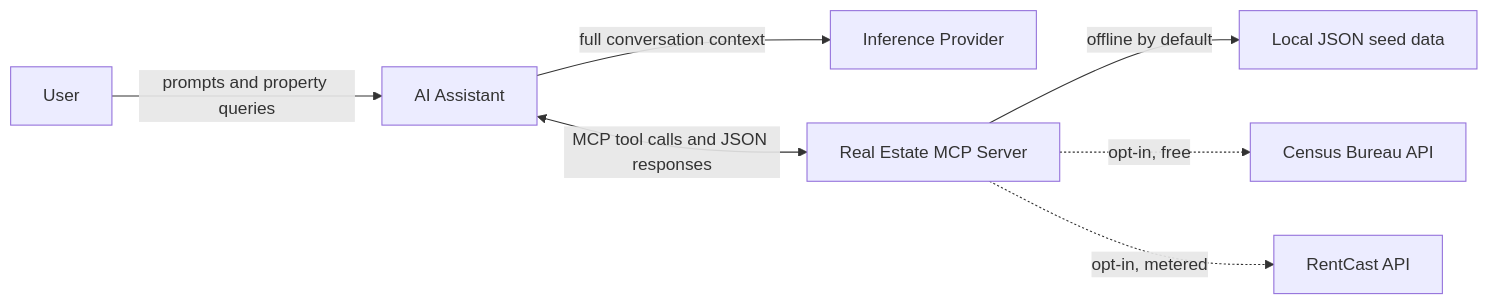
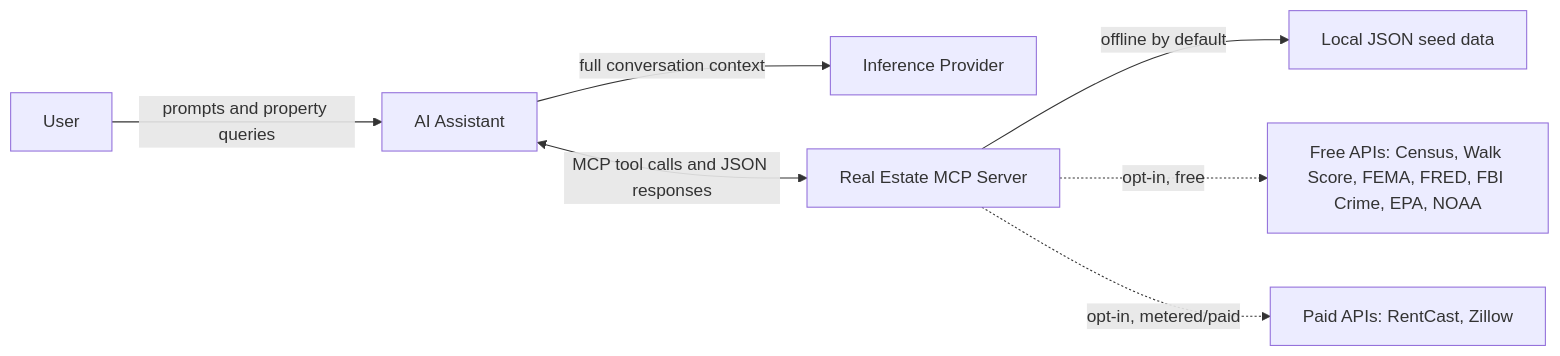
One commit to agentic-ops/real-estate-mcp changed the diagram in README.md. Above: the diagram before and after it, drawn with Mermaid. The commit also changed other lines of this file and 7 other files, not shown here.

Commit message:
Document the new free and paid integrations across README and agent skill

````diff
--- a/README.md
+++ b/README.md
@@ -42,17 +43,17 @@
 ```mermaid
 flowchart LR
   user[User]
   aiClient[AI Assistant]
   inference[Inference Provider]
   mcpServer[Real Estate MCP Server]
   localData[Local JSON seed data]
-  census[Census Bureau API]
-  rentcast[RentCast API]
+  freeApis[Free APIs: Census, Walk Score, FEMA, FRED, FBI Crime, EPA, NOAA]
+  paidApis[Paid APIs: RentCast, Zillow]
 
   user -->|"prompts and property queries"| aiClient
   aiClient -->|"full conversation context"| inference
   aiClient <-->|"MCP tool calls and JSON responses"| mcpServer
   mcpServer -->|"offline by default"| localData
-  mcpServer -.->|"opt-in, free"| census
-  mcpServer -.->|"opt-in, metered"| rentcast
+  mcpServer -.->|"opt-in, free"| freeApis
+  mcpServer -.->|"opt-in, metered/paid"| paidApis
 ```
````
